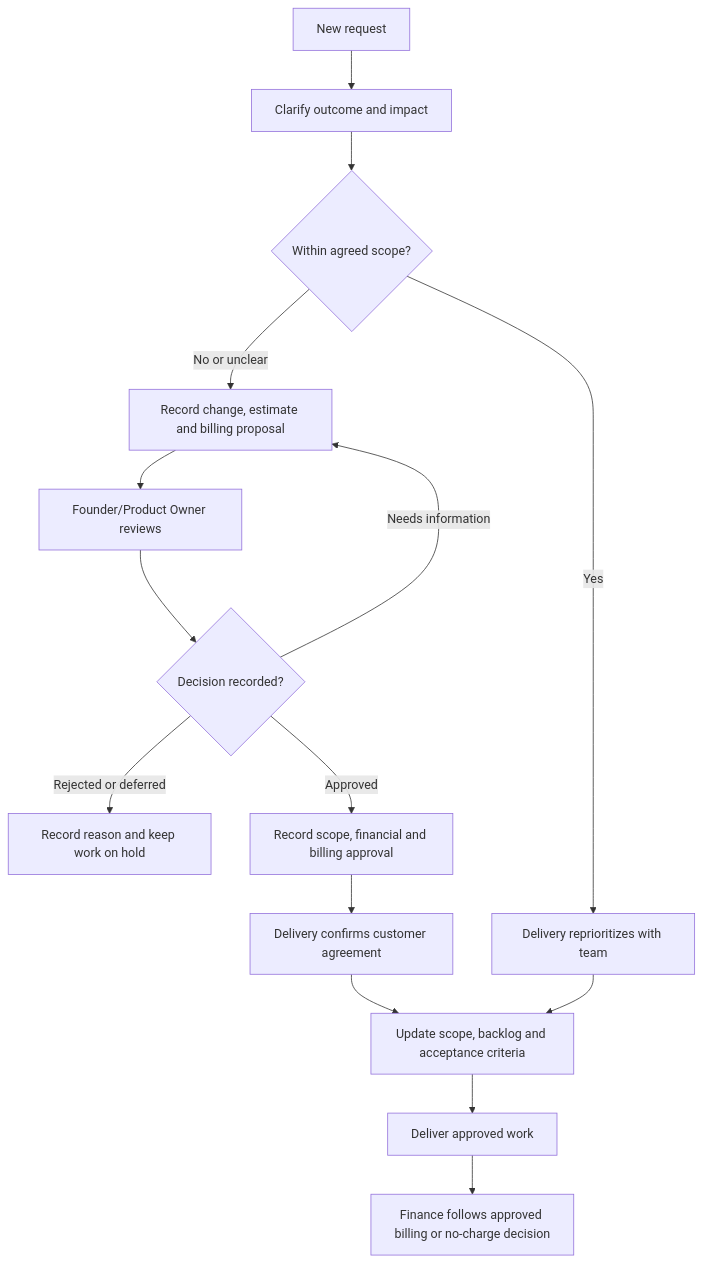
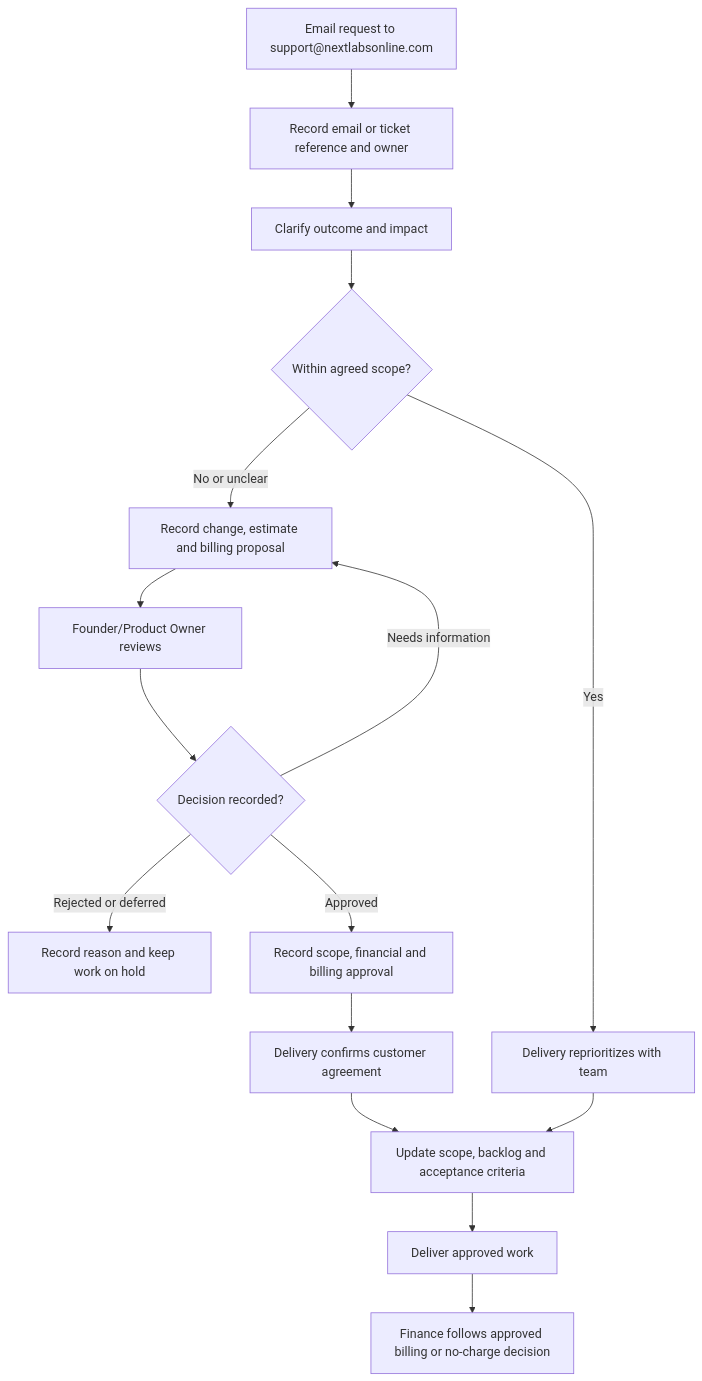
One commit to NextEdgelabs/nextedge-docs changed the diagram in company/ways-of-working.mdx. Above: the diagram before and after it, drawn with Mermaid. The commit also changed other lines of this file and 8 other files, not shown here.

````diff
--- a/company/ways-of-working.mdx
+++ b/company/ways-of-working.mdx
@@ -38,17 +40,18 @@
 ```mermaid
 flowchart TB
-  A["New request"] --> B["Clarify outcome and impact"]
+  A["Email request to support@nextlabsonline.com"] --> R["Record email or ticket reference and owner"]
+  R --> B["Clarify outcome and impact"]
   B --> C{"Within agreed scope?"}
   C -->|Yes| D["Delivery reprioritizes with team"]
   C -->|No or unclear| E["Record change, estimate and billing proposal"]
   E --> F["Founder/Product Owner reviews"]
   F --> G{"Decision recorded?"}
   G -->|Needs information| E
   G -->|Rejected or deferred| H["Record reason and keep work on hold"]
   G -->|Approved| I["Record scope, financial and billing approval"]
   I --> J["Delivery confirms customer agreement"]
   J --> K["Update scope, backlog and acceptance criteria"]
   D --> K
   K --> L["Deliver approved work"]
   L --> M["Finance follows approved billing or no-charge decision"]
 ```
````
